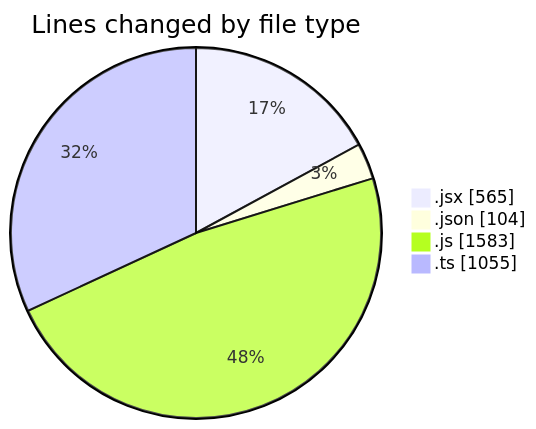
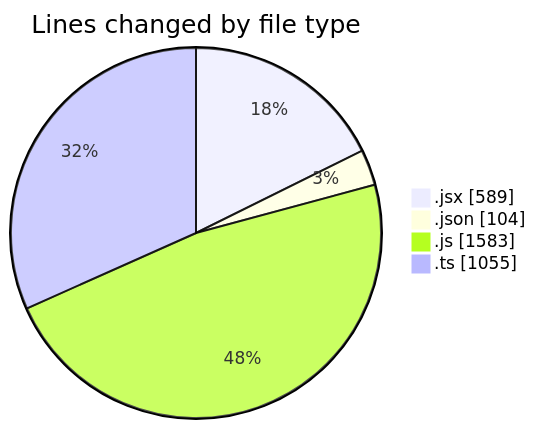
Before and after one commit to momahboobian/code-tracking: the first of 2 diagrams in 2025-05-19/cda/README.md, drawn with Mermaid. The commit also changed other lines of this file and 1 other file, not shown here.

````diff
--- a/2025-05-19/cda/README.md
+++ b/2025-05-19/cda/README.md
@@ -28,8 +28,8 @@
 ```mermaid
 pie showData
 title Lines changed by file type
-".jsx" : 565
+".jsx" : 589
 ".json" : 104
 ".js" : 1583
 ".ts" : 1055
 ```
````
